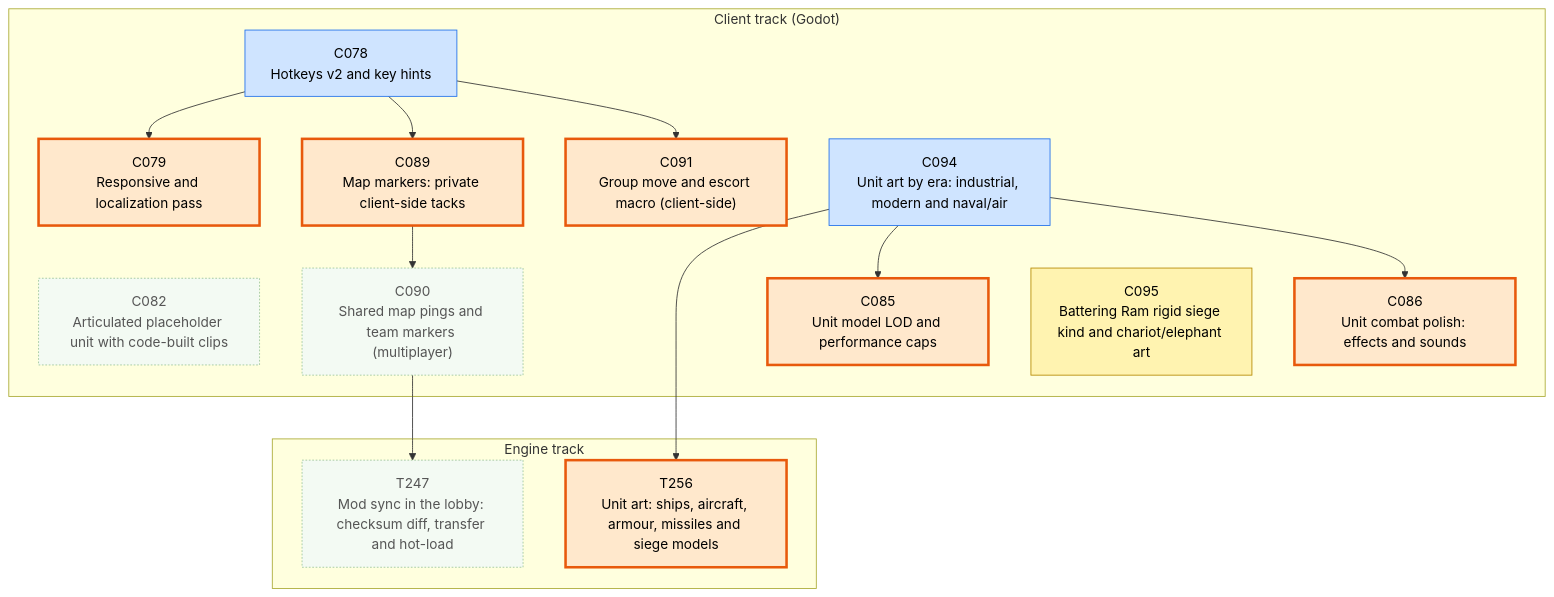
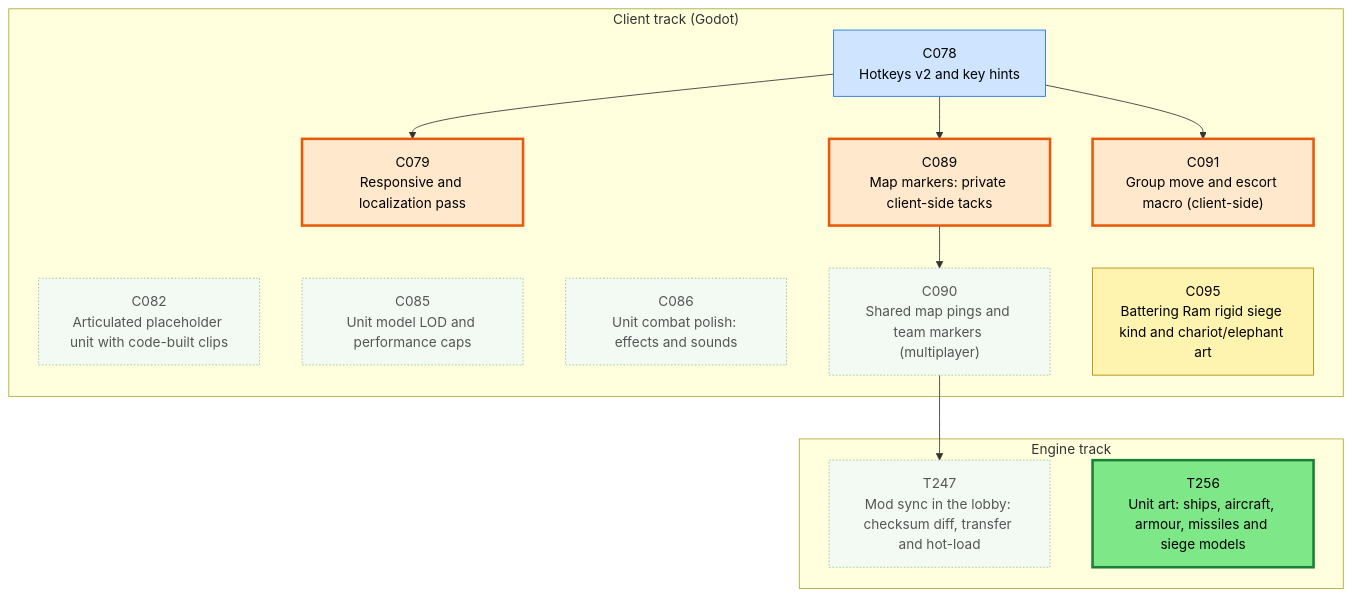
The first of 3 diagrams in csharp/migration/DEPENDENCY_MAP.md (Kenmura/Unciv), drawn with Mermaid before and after one commit. The commit also changed other lines of this file and 1 other file, not shown here.

Commit message:
migration: review C094 pass [Adversarial Review]

````diff
--- a/csharp/migration/DEPENDENCY_MAP.md
+++ b/csharp/migration/DEPENDENCY_MAP.md
@@ -25,46 +25,41 @@
 ```mermaid
 flowchart TD
   subgraph TTRACK["Engine track"]
     T247["T247<br/>Mod sync in the lobby: checksum diff, transfer and hot-load"]
     T256["T256<br/>Unit art: ships, aircraft, armour, missiles and siege models"]
   end
   subgraph CTRACK["Client track (Godot)"]
     C078["C078<br/>Hotkeys v2 and key hints"]
     C079["C079<br/>Responsive and localization pass"]
     C082["C082<br/>Articulated placeholder unit with code-built clips"]
     C085["C085<br/>Unit model LOD and performance caps"]
     C086["C086<br/>Unit combat polish: effects and sounds"]
     C089["C089<br/>Map markers: private client-side tacks"]
     C090["C090<br/>Shared map pings and team markers (multiplayer)"]
     C091["C091<br/>Group move and escort macro (client-side)"]
-    C094["C094<br/>Unit art by era: industrial, modern and naval/air"]
     C095["C095<br/>Battering Ram rigid siege kind and chariot/elephant art"]
   end
   C090 --> T247
-  C094 --> T256
   C078 --> C079
-  C094 --> C085
-  C094 --> C086
   C078 --> C089
   C089 --> C090
   C078 --> C091
   classDef waiting fill:#f3faf3,stroke:#9bc49b,color:#555,stroke-dasharray:2 2
   classDef ondeck fill:#ffe8cc,stroke:#e8590c,stroke-width:3px,color:#000
   classDef ready fill:#7ee787,stroke:#1a7f37,stroke-width:3px,color:#000
   classDef prog fill:#fff3b0,stroke:#b58900,color:#000
   classDef review fill:#cfe4ff,stroke:#1f6feb,color:#000
   classDef blocked fill:#ffd6d6,stroke:#c62828,color:#000
   classDef done fill:#eeeeee,stroke:#999999,color:#666,stroke-dasharray:4 3
   class C078 review
   class C079 ondeck
   class C082 waiting
-  class C085 ondeck
-  class C086 ondeck
+  class C085 waiting
+  class C086 waiting
   class C089 ondeck
   class C090 waiting
   class C091 ondeck
-  class C094 review
   class C095 prog
   class T247 waiting
-  class T256 ondeck
+  class T256 ready
 ```
````
